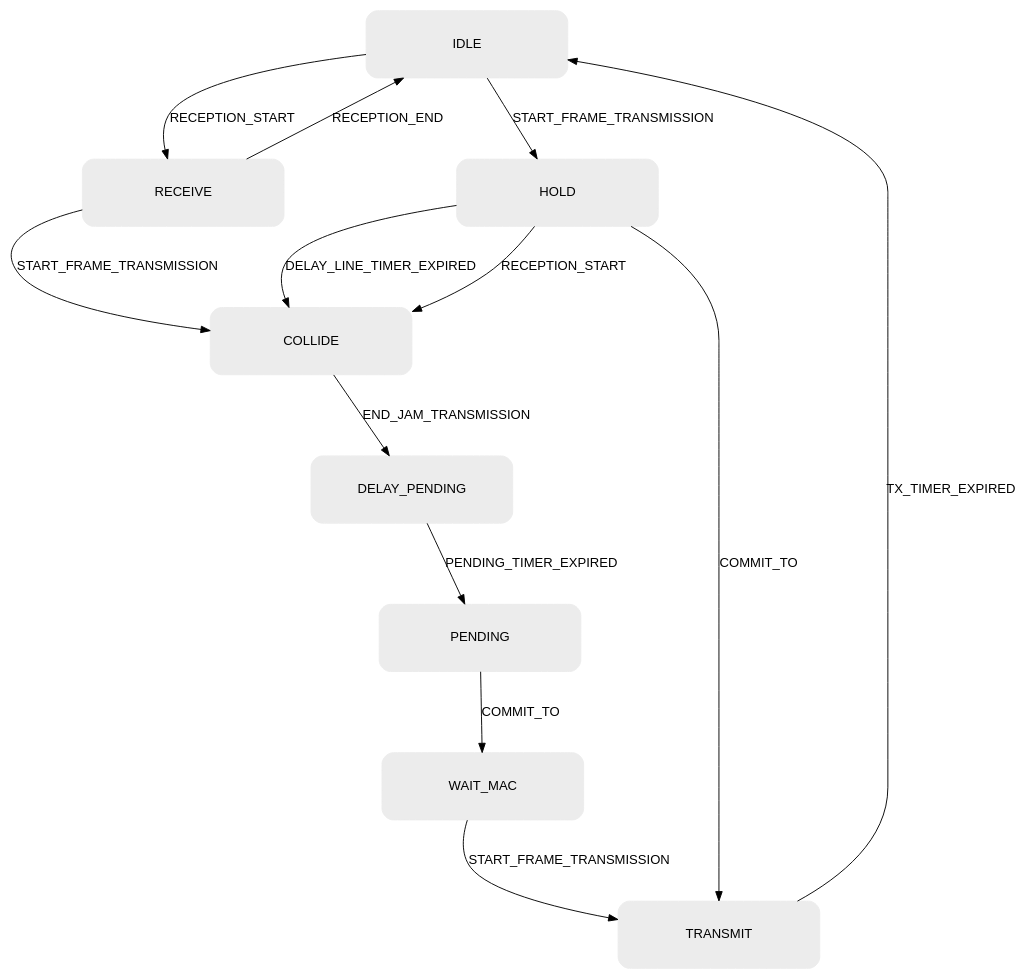
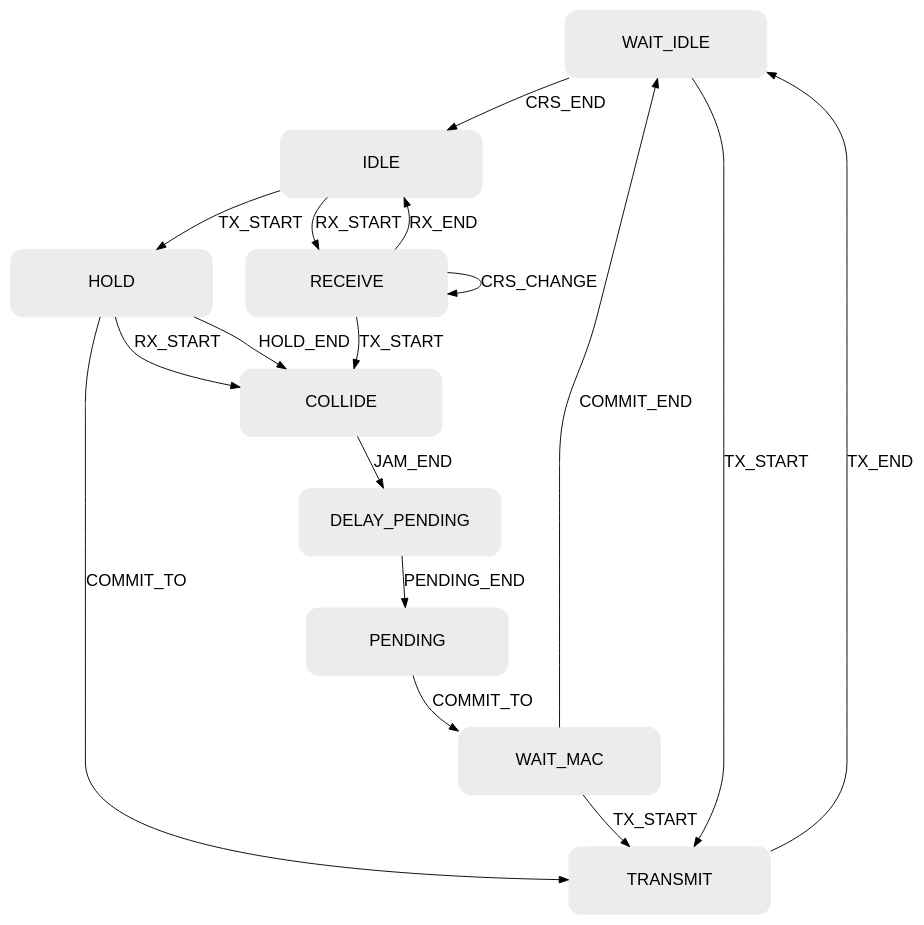
The diagram in src/inet/physicallayer/wired/ethernet/EthernetPlcaDataFsm.dot (inet-framework/inet), drawn with Graphviz before and after one commit. The commit also changed 10 other files, not shown here.

```diff
--- a/src/inet/physicallayer/wired/ethernet/EthernetPlcaDataFsm.dot
+++ b/src/inet/physicallayer/wired/ethernet/EthernetPlcaDataFsm.dot
@@ -1,28 +1,43 @@
 digraph EthernetPlcaDataFsm {
-    nodesep = 1;
-    ranksep = 1;
-    node [shape=box, style="rounded,filled", color="#ECECEC", fontname="Arial", margin=0.15, height=1, width=3];
-    edge [fontname="Arial"];
+    nodesep = 0.5;
+    ranksep = 0.5;
+    node [shape=box, style="rounded,filled", color="#ECECEC", fontname="Arial", fontsize=18, margin=0.15, height=1, width=3];
+    edge [fontname="Arial", fontsize=18];
 
+    WAIT_IDLE;
     IDLE;
     RECEIVE;
     HOLD;
     COLLIDE;
     DELAY_PENDING;
     PENDING;
     WAIT_MAC;
     TRANSMIT;
 
-    IDLE -> HOLD [label="START_FRAME_TRANSMISSION"];
-    IDLE -> RECEIVE [label="RECEPTION_START"];
-    RECEIVE -> IDLE [label="RECEPTION_END"];
-    RECEIVE -> COLLIDE [label="START_FRAME_TRANSMISSION"];
-    HOLD -> COLLIDE [label="DELAY_LINE_TIMER_EXPIRED"];
-    HOLD -> COLLIDE [label="RECEPTION_START"];
+    WAIT_IDLE -> TRANSMIT [label="TX_START"];
+    WAIT_IDLE -> IDLE [label="CRS_END"];
+    IDLE -> RECEIVE [label="RX_START"];
+    IDLE -> HOLD [label="TX_START"];
+    RECEIVE -> IDLE [label="RX_END"];
+    RECEIVE -> COLLIDE [label="TX_START"];
+    RECEIVE -> RECEIVE [label="CRS_CHANGE"];
+    HOLD -> COLLIDE [label="HOLD_END"];
+    HOLD -> COLLIDE [label="RX_START"];
     HOLD -> TRANSMIT [label="COMMIT_TO"];
-    COLLIDE -> DELAY_PENDING [label="END_JAM_TRANSMISSION"];
-    DELAY_PENDING -> PENDING [label="PENDING_TIMER_EXPIRED"];
+    COLLIDE -> DELAY_PENDING [label="JAM_END"];
+    DELAY_PENDING -> PENDING [label="PENDING_END"];
     PENDING -> WAIT_MAC [label="COMMIT_TO"];
-    WAIT_MAC -> TRANSMIT [label="START_FRAME_TRANSMISSION"];
-    TRANSMIT -> IDLE [label="TX_TIMER_EXPIRED"];
+    WAIT_MAC -> TRANSMIT [label="TX_START"];
+    WAIT_MAC -> WAIT_IDLE [label="COMMIT_END"];
+    TRANSMIT -> WAIT_IDLE [label="TX_END"];
+
+    {
+        rank=source;
+        WAIT_IDLE;
+    }
+
+    {
+        rank=sink;
+        TRANSMIT;
+    }
 }
```
